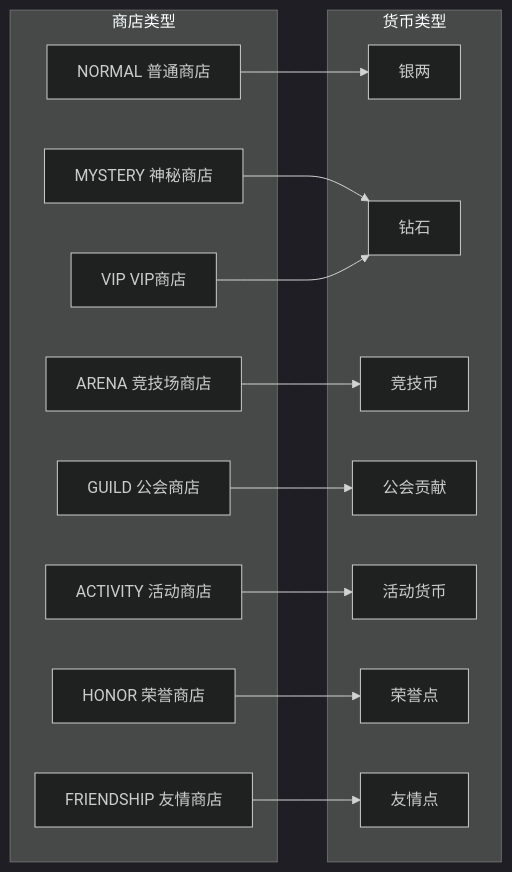
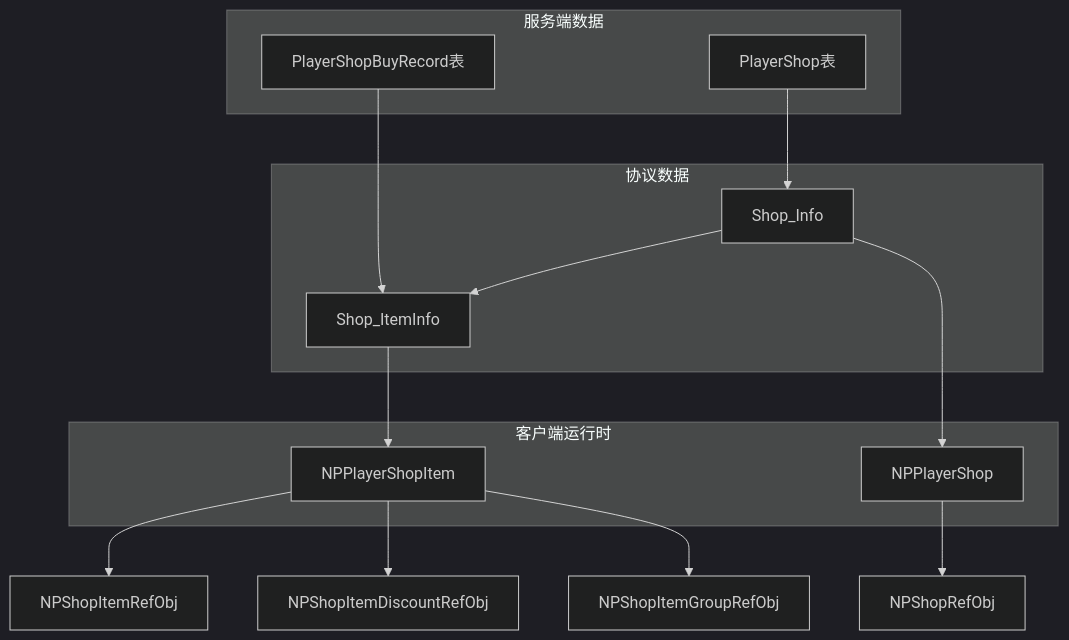
Before and after one commit to Alan-Ben/k2c_game_framework: the sixth of 8 diagrams in docs/Module_Shop/01_数据配表.md, drawn with Mermaid (dark theme). The commit also changed other lines of this file and 32 other files, not shown here.

````diff
--- a/docs/Module_Shop/01_数据配表.md
+++ b/docs/Module_Shop/01_数据配表.md
@@ -728,32 +493,28 @@
 ```mermaid
-graph LR
-    subgraph 商店类型
-        A[NORMAL 普通商店]
-        B[ARENA 竞技场商店]
-        C[GUILD 公会商店]
-        D[ACTIVITY 活动商店]
-        E[MYSTERY 神秘商店]
-        F[VIP VIP商店]
-        G[HONOR 荣誉商店]
-        H[FRIENDSHIP 友情商店]
+graph TB
+    subgraph 服务端数据
+        A[PlayerShop表]
+        B[PlayerShopBuyRecord表]
     end
 
-    subgraph 货币类型
-        M1[银两]
-        M2[钻石]
-        M3[竞技币]
-        M4[公会贡献]
-        M5[活动货币]
-        M6[荣誉点]
-        M7[友情点]
+    subgraph 协议数据
+        C[Shop_Info]
+        D[Shop_ItemInfo]
     end
 
-    A --> M1
-    B --> M3
-    C --> M4
-    D --> M5
-    E --> M2
-    F --> M2
-    G --> M6
-    H --> M7
+    subgraph 客户端运行时
+        E[NPPlayerShop]
+        F[NPPlayerShopItem]
+    end
+
+    A --> C
+    C --> D
+    C --> E
+    D --> F
+    B --> D
+
+    E --> G[NPShopRefObj]
+    F --> H[NPShopItemRefObj]
+    F --> I[NPShopItemDiscountRefObj]
+    F --> J[NPShopItemGroupRefObj]
 ```
````
